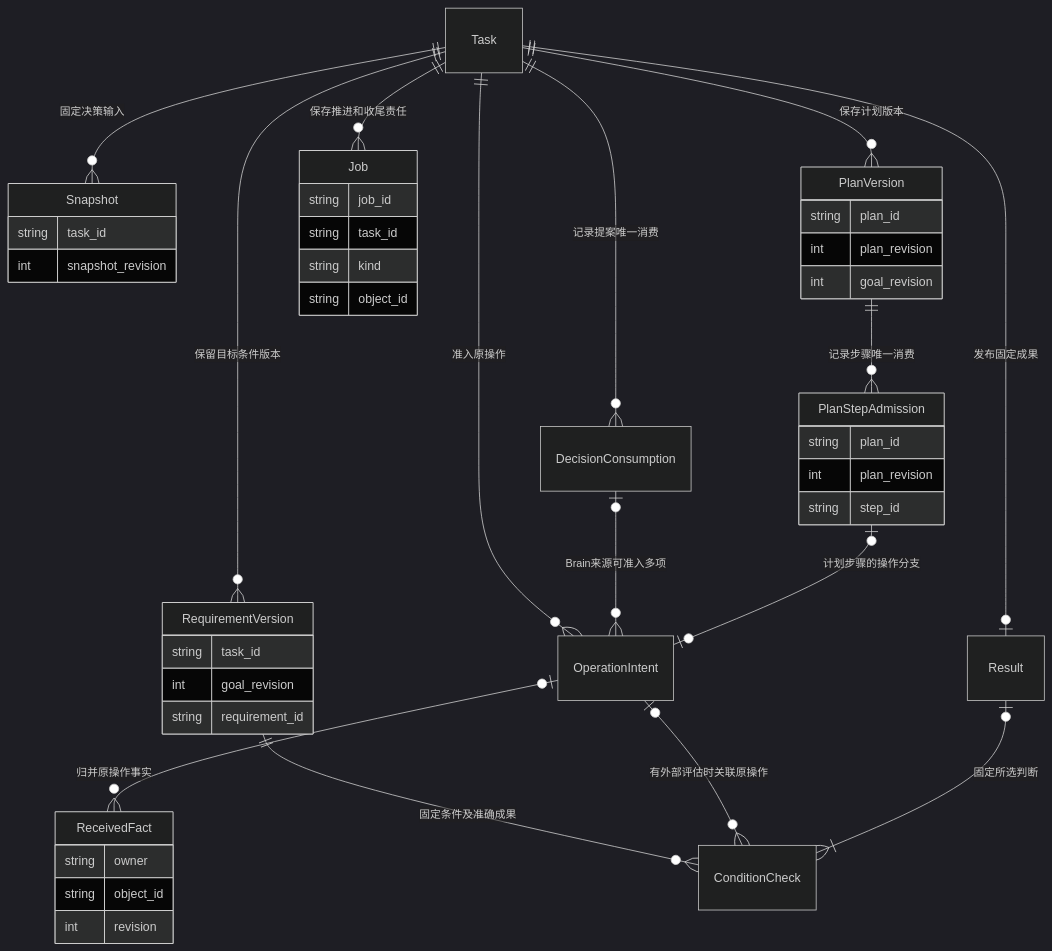
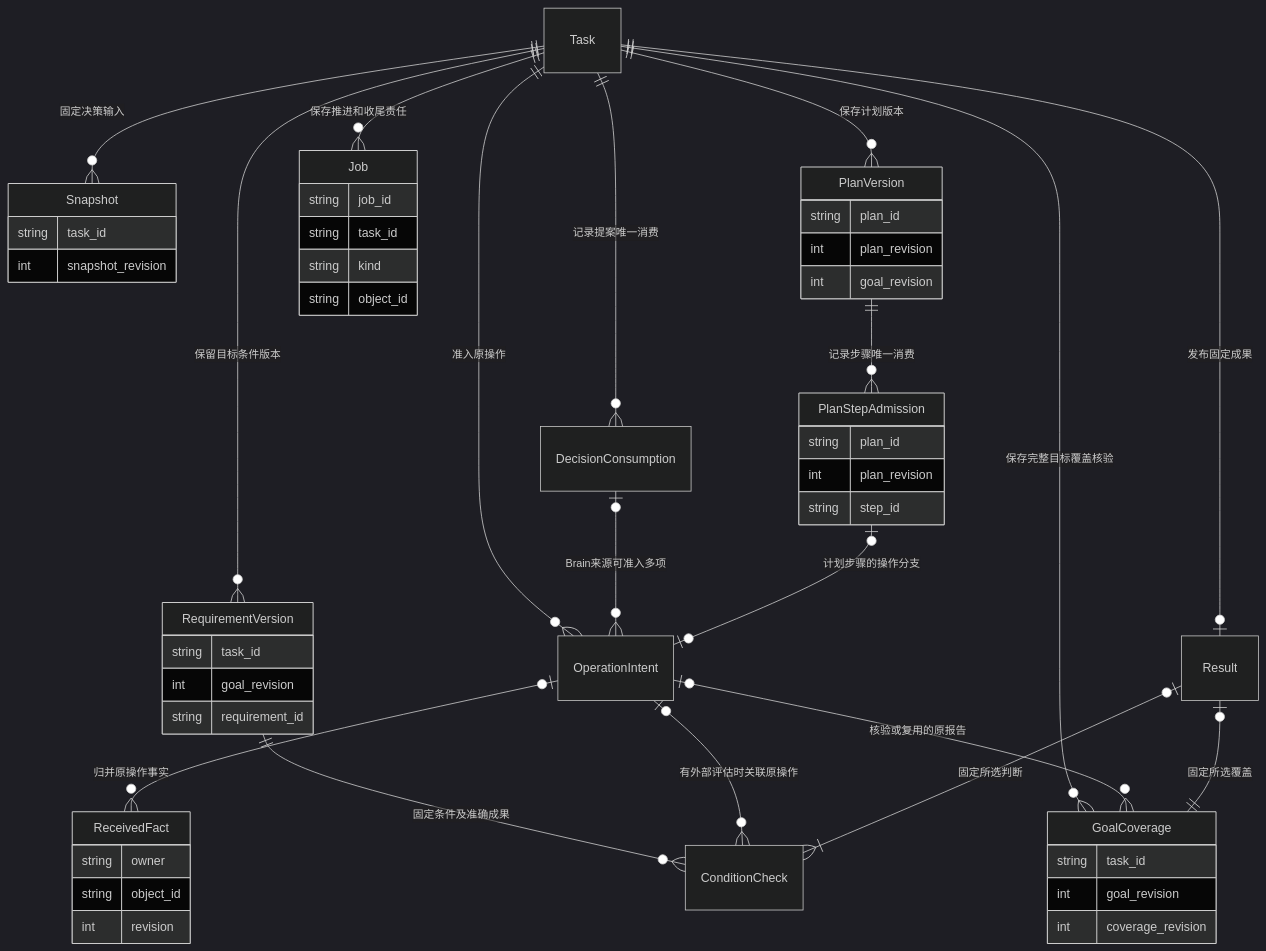
One commit to ruipengliu/lerna changed the second of 4 diagrams in docs/architecture/orchestrator/implementation.md. Above: the diagram before and after it, drawn with Mermaid (dark theme). The commit also changed other lines of this file and 23 other files, not shown here.

Commit message:
docs: align architecture guides with optimization evidence

````diff
--- a/docs/architecture/orchestrator/implementation.md
+++ b/docs/architecture/orchestrator/implementation.md
@@ -107,47 +108,55 @@
 ```mermaid
 erDiagram
     Task ||--o{ Snapshot : "固定决策输入"
     Task ||--o{ PlanVersion : "保存计划版本"
     Task ||--o{ RequirementVersion : "保留目标条件版本"
+    Task ||--o{ GoalCoverage : "保存完整目标覆盖核验"
     RequirementVersion ||--o{ ConditionCheck : "固定条件及准确成果"
     Task ||--o{ OperationIntent : "准入原操作"
     PlanVersion ||--o{ PlanStepAdmission : "记录步骤唯一消费"
     Task ||--o{ DecisionConsumption : "记录提案唯一消费"
     DecisionConsumption |o--o{ OperationIntent : "Brain来源可准入多项"
     PlanStepAdmission |o--o| OperationIntent : "计划步骤的操作分支"
     OperationIntent |o--o{ ReceivedFact : "归并原操作事实"
     OperationIntent |o--o{ ConditionCheck : "有外部评估时关联原操作"
+    OperationIntent |o--o{ GoalCoverage : "核验或复用的原报告"
     Task ||--o{ Job : "保存推进和收尾责任"
     Task ||--o| Result : "发布固定成果"
     Result |o--|{ ConditionCheck : "固定所选判断"
+    Result |o--|| GoalCoverage : "固定所选覆盖"
     Snapshot {
       string task_id
       int snapshot_revision
     }
     PlanVersion {
       string plan_id
       int plan_revision
       int goal_revision
+    }
+    GoalCoverage {
+      string task_id
+      int goal_revision
+      int coverage_revision
     }
     RequirementVersion {
       string task_id
       int goal_revision
       string requirement_id
     }
     PlanStepAdmission {
       string plan_id
       int plan_revision
       string step_id
     }
     ReceivedFact {
       string owner
       string object_id
       int revision
     }
     Job {
       string job_id
       string task_id
       string kind
       string object_id
     }
 ```
````
